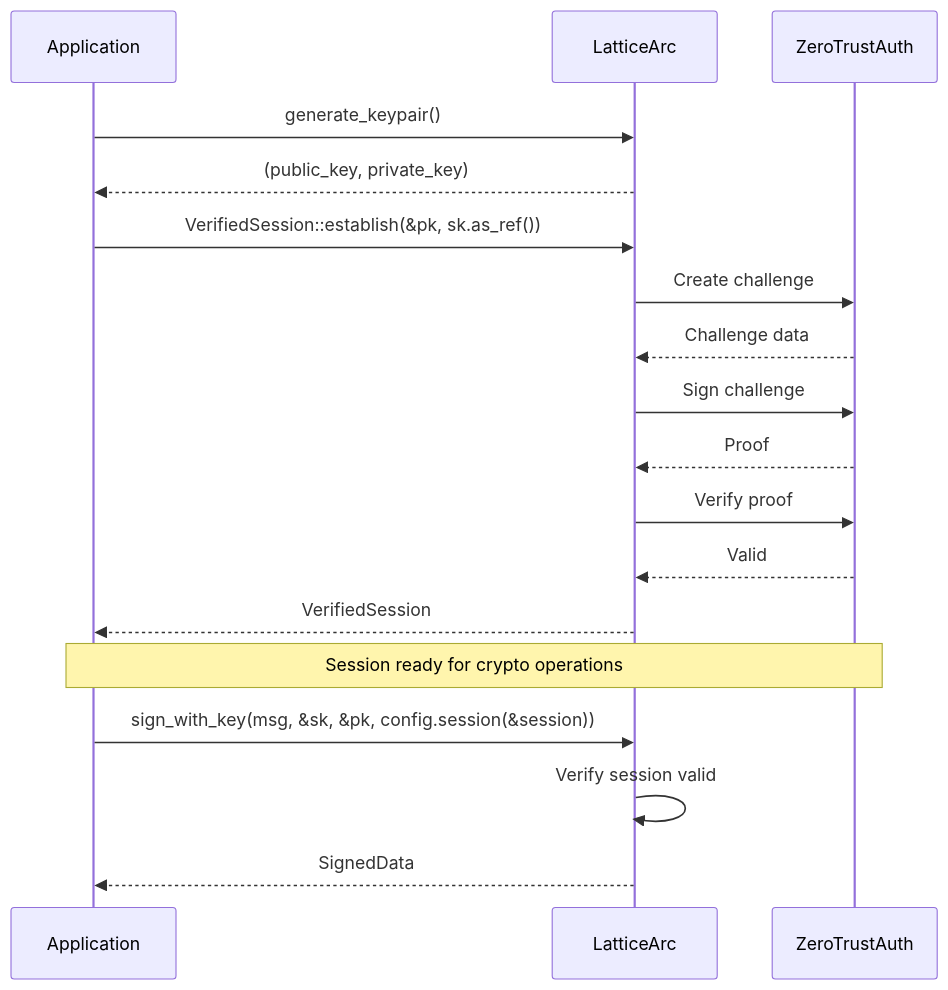
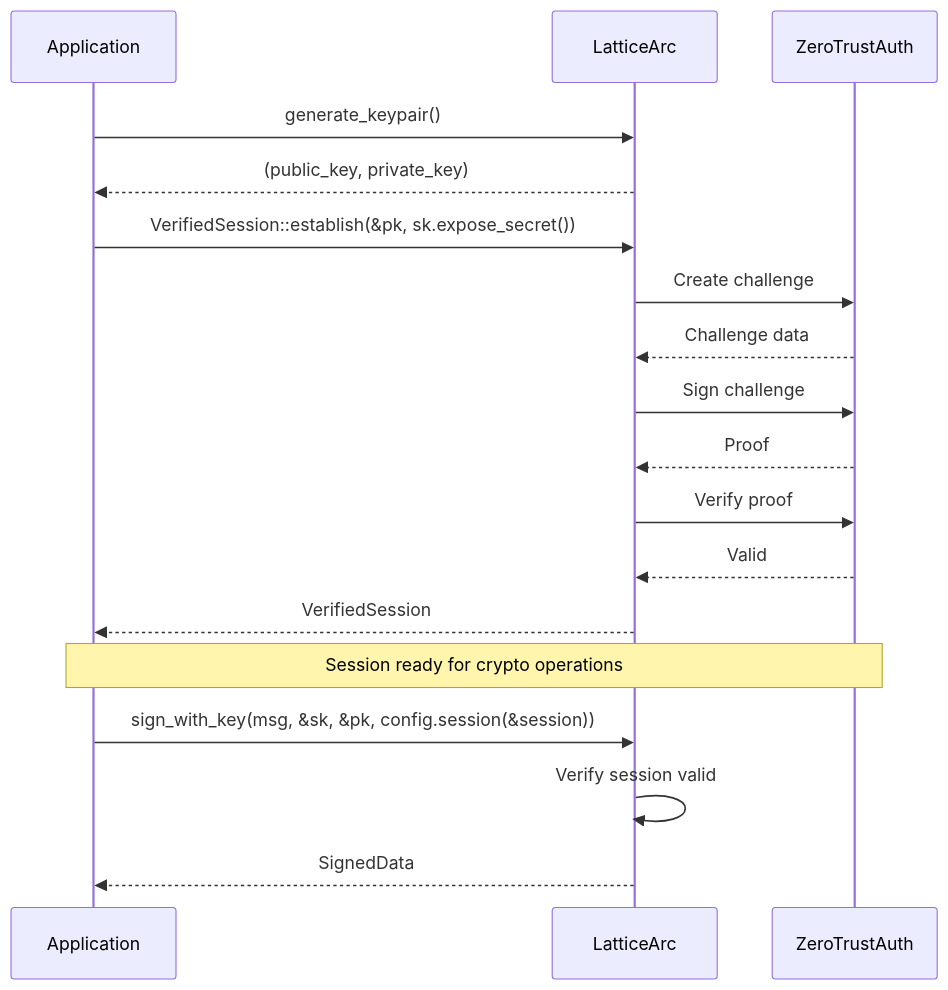
The sixth of 7 diagrams in docs/UNIFIED_API_GUIDE.md (LatticeArc/latticearc), drawn with Mermaid before and after one commit. The commit also changed other lines of this file and 18 other files, not shown here.

````diff
--- a/docs/UNIFIED_API_GUIDE.md
+++ b/docs/UNIFIED_API_GUIDE.md
@@ -391,24 +389,24 @@
 ```mermaid
 sequenceDiagram
     participant App as Application
     participant LA as LatticeArc
     participant ZT as ZeroTrustAuth
 
     App->>LA: generate_keypair()
     LA-->>App: (public_key, private_key)
 
-    App->>LA: VerifiedSession::establish(&pk, sk.as_ref())
+    App->>LA: VerifiedSession::establish(&pk, sk.expose_secret())
     LA->>ZT: Create challenge
     ZT-->>LA: Challenge data
     LA->>ZT: Sign challenge
     ZT-->>LA: Proof
     LA->>ZT: Verify proof
     ZT-->>LA: Valid
     LA-->>App: VerifiedSession
 
     Note over App,ZT: Session ready for crypto operations
 
     App->>LA: sign_with_key(msg, &sk, &pk, config.session(&session))
     LA->>LA: Verify session valid
     LA-->>App: SignedData
 ```
````
